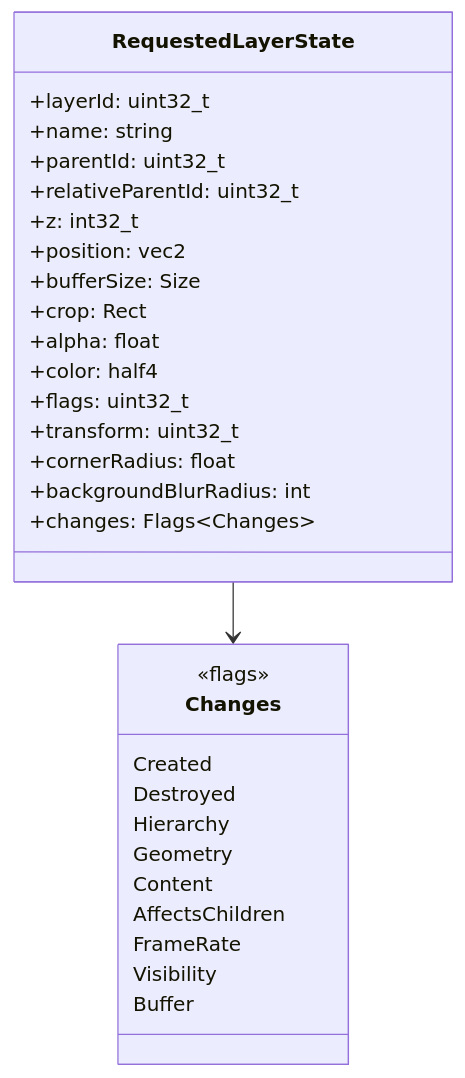
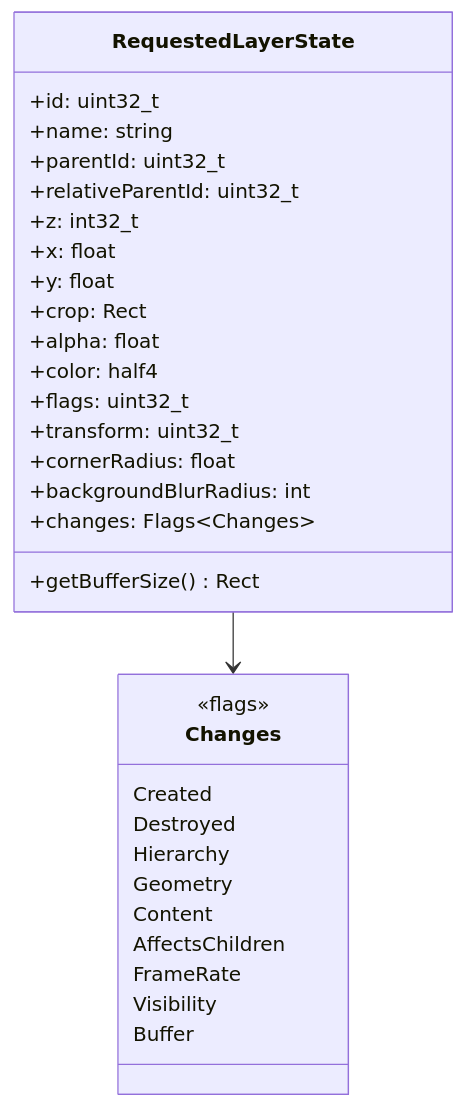
One commit to aospbooks/aosp-internal-book changed diagram 22 of 43 in agents/claude/skills/aosp-framework-core/24-display-system.md. Above: the diagram before and after it, drawn with Mermaid. The commit also changed other lines of this file and 218 other files, not shown here.

````diff
--- a/agents/claude/skills/aosp-framework-core/24-display-system.md
+++ b/agents/claude/skills/aosp-framework-core/24-display-system.md
@@ -1903,35 +1926,36 @@
 ```mermaid
 classDiagram
     class RequestedLayerState {
-        +layerId: uint32_t
+        +id: uint32_t
         +name: string
         +parentId: uint32_t
         +relativeParentId: uint32_t
         +z: int32_t
-        +position: vec2
-        +bufferSize: Size
+        +x: float
+        +y: float
+        +getBufferSize() Rect
         +crop: Rect
         +alpha: float
         +color: half4
         +flags: uint32_t
         +transform: uint32_t
         +cornerRadius: float
         +backgroundBlurRadius: int
         +changes: Flags~Changes~
     }
 
     class Changes {
         <<flags>>
         Created
         Destroyed
         Hierarchy
         Geometry
         Content
         AffectsChildren
         FrameRate
         Visibility
         Buffer
     }
 
     RequestedLayerState --> Changes
 ```
````
